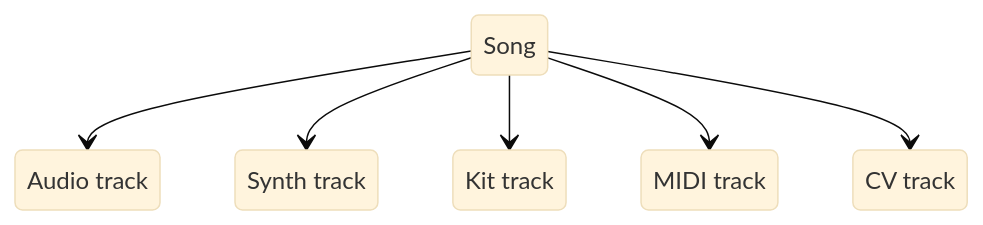
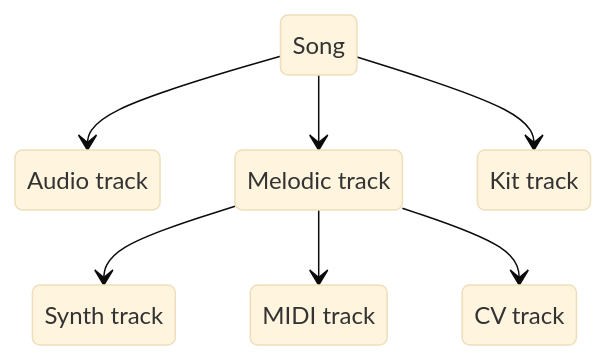
The third of 21 diagrams in website/src/content/docs/manual/introduction/concepts.mdx (SynthstromAudible/DelugeFirmware), drawn with Mermaid (base theme) before and after one commit. The commit also changed other lines of this file and 1 other file, not shown here.

````diff
--- a/website/src/content/docs/manual/introduction/concepts.mdx
+++ b/website/src/content/docs/manual/introduction/concepts.mdx
@@ -56,14 +91,16 @@
 ```mermaid
 stateDiagram-v2
   Song --> AudioTrack
-  Song --> SynthTrack
+  Song --> MelodicTrack
+  MelodicTrack --> SynthTrack
+  MelodicTrack --> MIDITrack
+  MelodicTrack --> CVTrack
   Song --> KitTrack
-  Song --> MIDITrack
-  Song --> CVTrack
 
   AudioTrack: Audio track
+  MelodicTrack: Melodic track
   SynthTrack: Synth track
   KitTrack: Kit track
   MIDITrack: MIDI track
   CVTrack: CV track
 ```
````
